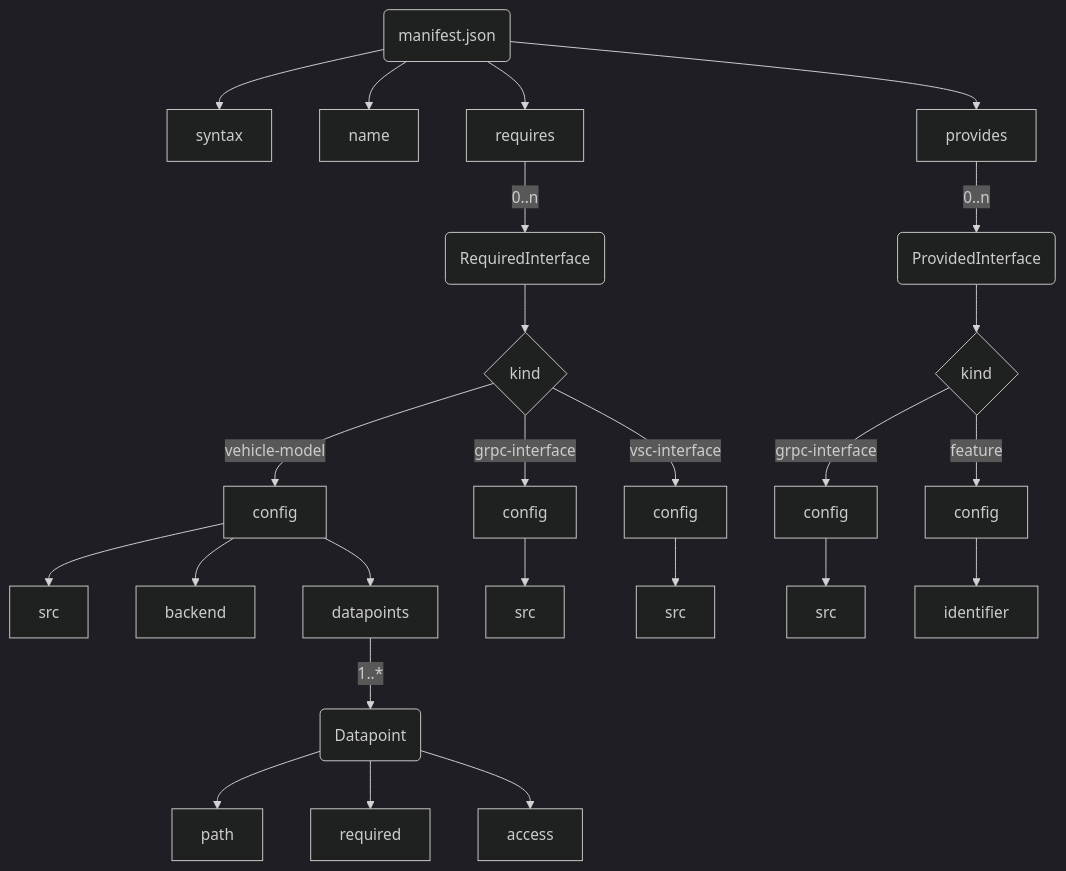
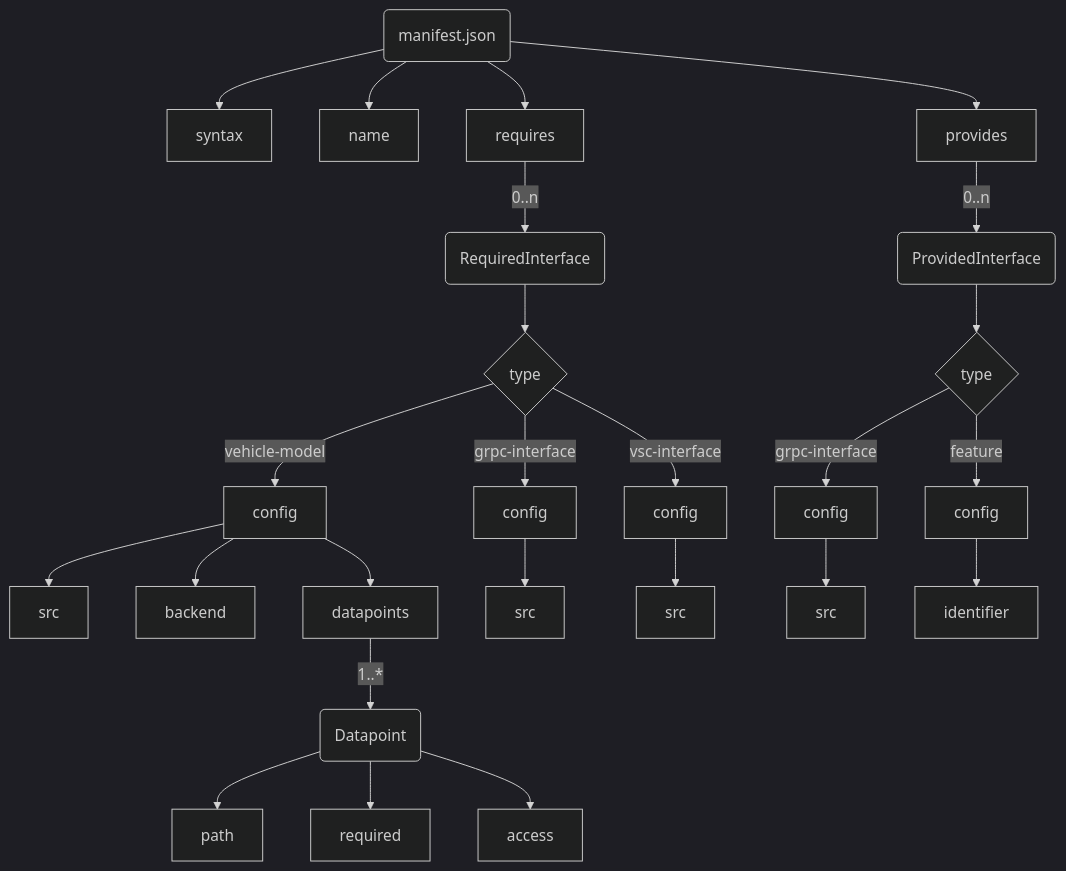
One commit to eclipse-velocitas/velocitas-docs changed the third of 3 diagrams in content/en/docs/concepts/manifest/_index.md. Above: the diagram before and after it, drawn with Mermaid (dark theme). The commit also changed other lines of this file and 1 other file, not shown here.

````diff
--- a/content/en/docs/concepts/manifest/_index.md
+++ b/content/en/docs/concepts/manifest/_index.md
@@ -179,37 +179,37 @@
 ```mermaid
 
 graph TD
     manifest(manifest.json)
     manifest --> syntax[syntax]
     manifest --> name[name]
     manifest --> requires[requires]
     manifest --> provides[provides]
 
     dependency(RequiredInterface)
     requires -- "0..n" --> dependency
-    dependency --> dep.kind{kind}
-    dep.kind -- "vehicle-model" --> vehicleModel[config]
-    dep.kind -- "grpc-interface" --> grpcinterface[config]
-    dep.kind -- "vsc-interface" --> vscInterface[config]
+    dependency --> dep.type{type}
+    dep.type -- "vehicle-model" --> vehicleModel[config]
+    dep.type -- "grpc-interface" --> grpcinterface[config]
+    dep.type -- "vsc-interface" --> vscInterface[config]
 
     vehicleModel --> vm.src[src]
     vehicleModel --> vm.backend[backend]
     vehicleModel --> vm.datapoints[datapoints]
     vm.datapoints -- "1..*" --> vm.datapoints.datapoint(Datapoint)
     vm.datapoints.datapoint --> vm.datapoints.datapoint.path[path]
     vm.datapoints.datapoint --> vm.datapoints.datapoint.required[required]
     vm.datapoints.datapoint --> vm.datapoints.datapoint.access[access]
 
     grpcinterface --> grpcinterface.src[src]
 
     vscInterface --> vscInterface.src[src]
 
     provides -- "0..n" --> provides.item(ProvidedInterface)
-    provides.item --> provides.item.kind{kind}
-    provides.item.kind -- "grpc-interface" --> provides.item.kind.grpc[config]
-    provides.item.kind.grpc --> provides.item.kind.grpc.src[src]
+    provides.item --> provides.item.type{type}
+    provides.item.type -- "grpc-interface" --> provides.item.type.grpc[config]
+    provides.item.type.grpc --> provides.item.type.grpc.src[src]
 
-    provides.item.kind -- "feature" --> provides.item.kind.feature[config]
-    provides.item.kind.feature --> provides.item.kind.feature.identifier[identifier]
+    provides.item.type -- "feature" --> provides.item.type.feature[config]
+    provides.item.type.feature --> provides.item.type.feature.identifier[identifier]
 
 ```
````
